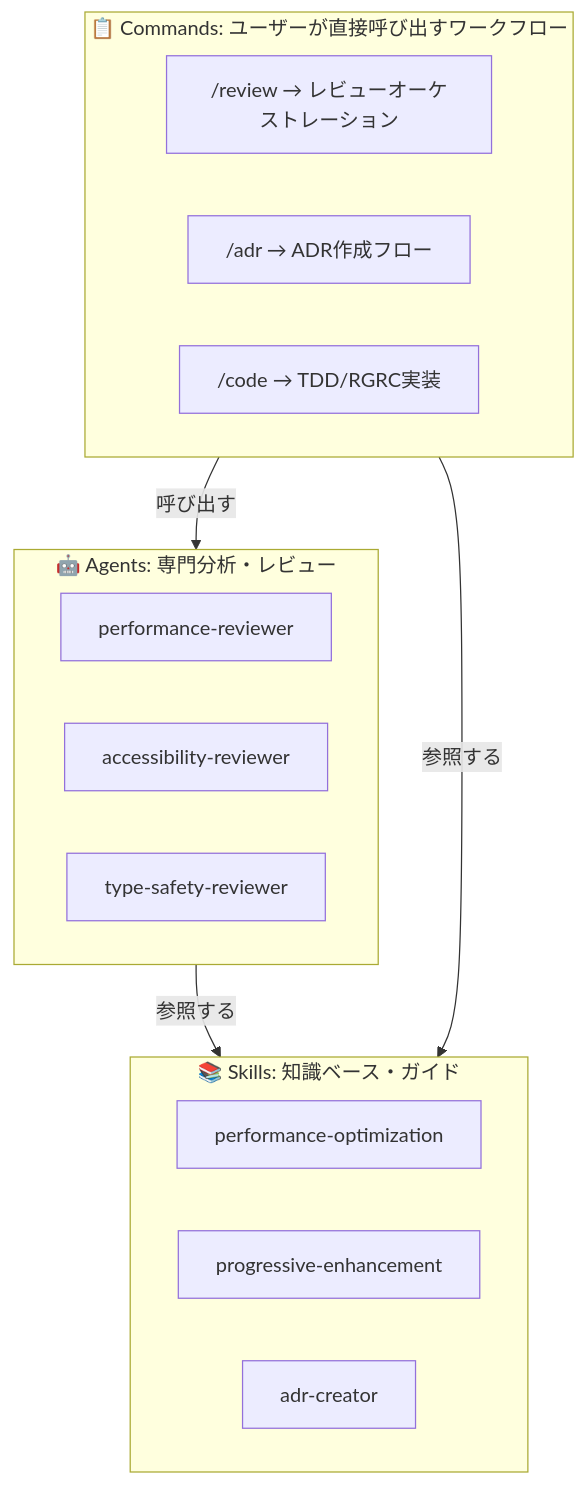
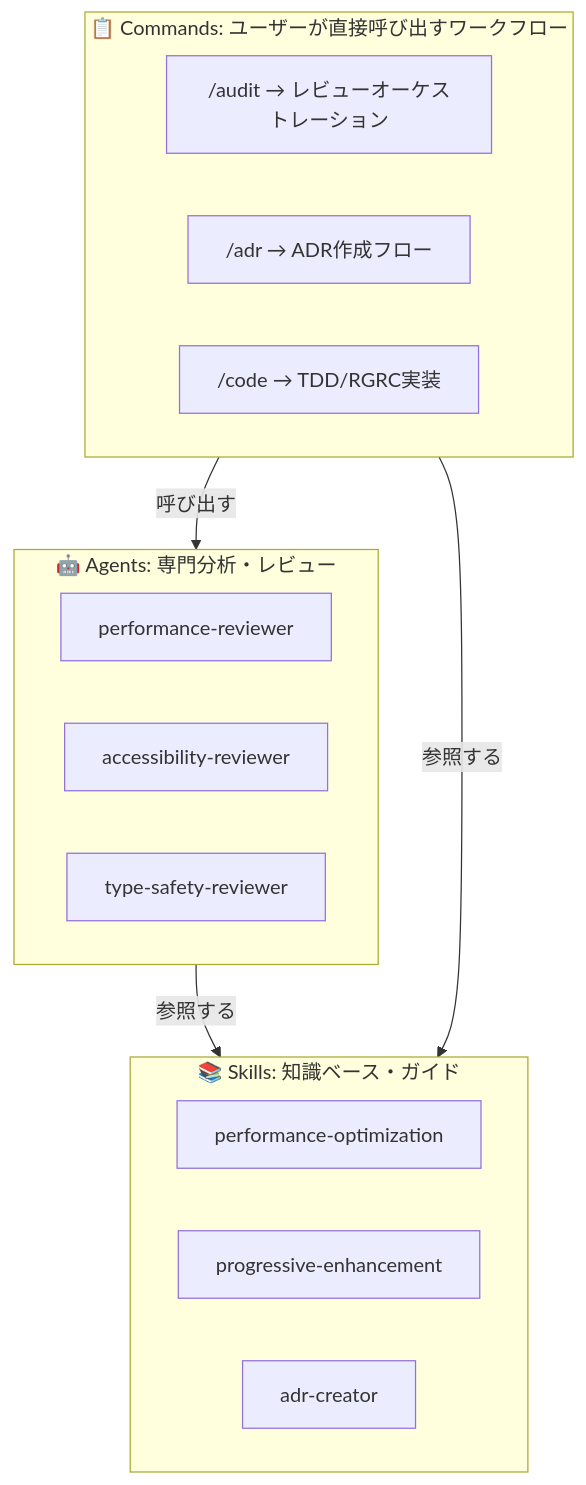
One commit to thkt/dotclaude changed the first of 2 diagrams in ja/docs/COMMANDS.md. Above: the diagram before and after it, drawn with Mermaid. The commit also changed other lines of this file and 68 other files, not shown here.

Commit message:
ドキュメントの更新: コードレビューオーケストレーションを「/review」から「/audit」に変更し、関連するコマンドとドキュメントを整備しました。また、新しい「audit-orchestrator」を追加し、フロントエンドコードレビューの管理を強化しました。これにより、レビューの質と効率が向上します。

````diff
--- a/ja/docs/COMMANDS.md
+++ b/ja/docs/COMMANDS.md
@@ -391,24 +391,24 @@
 ```mermaid
 flowchart TB
     subgraph Commands["📋 Commands: ユーザーが直接呼び出すワークフロー"]
-        C1["/review → レビューオーケストレーション"]
+        C1["/audit → レビューオーケストレーション"]
         C2["/adr → ADR作成フロー"]
         C3["/code → TDD/RGRC実装"]
     end
 
     subgraph Agents["🤖 Agents: 専門分析・レビュー"]
         A1["performance-reviewer"]
         A2["accessibility-reviewer"]
         A3["type-safety-reviewer"]
     end
 
     subgraph Skills["📚 Skills: 知識ベース・ガイド"]
         S1["performance-optimization"]
         S2["progressive-enhancement"]
         S3["adr-creator"]
     end
 
     Commands -->|"呼び出す"| Agents
     Agents -->|"参照する"| Skills
     Commands -->|"参照する"| Skills
 ```
````
